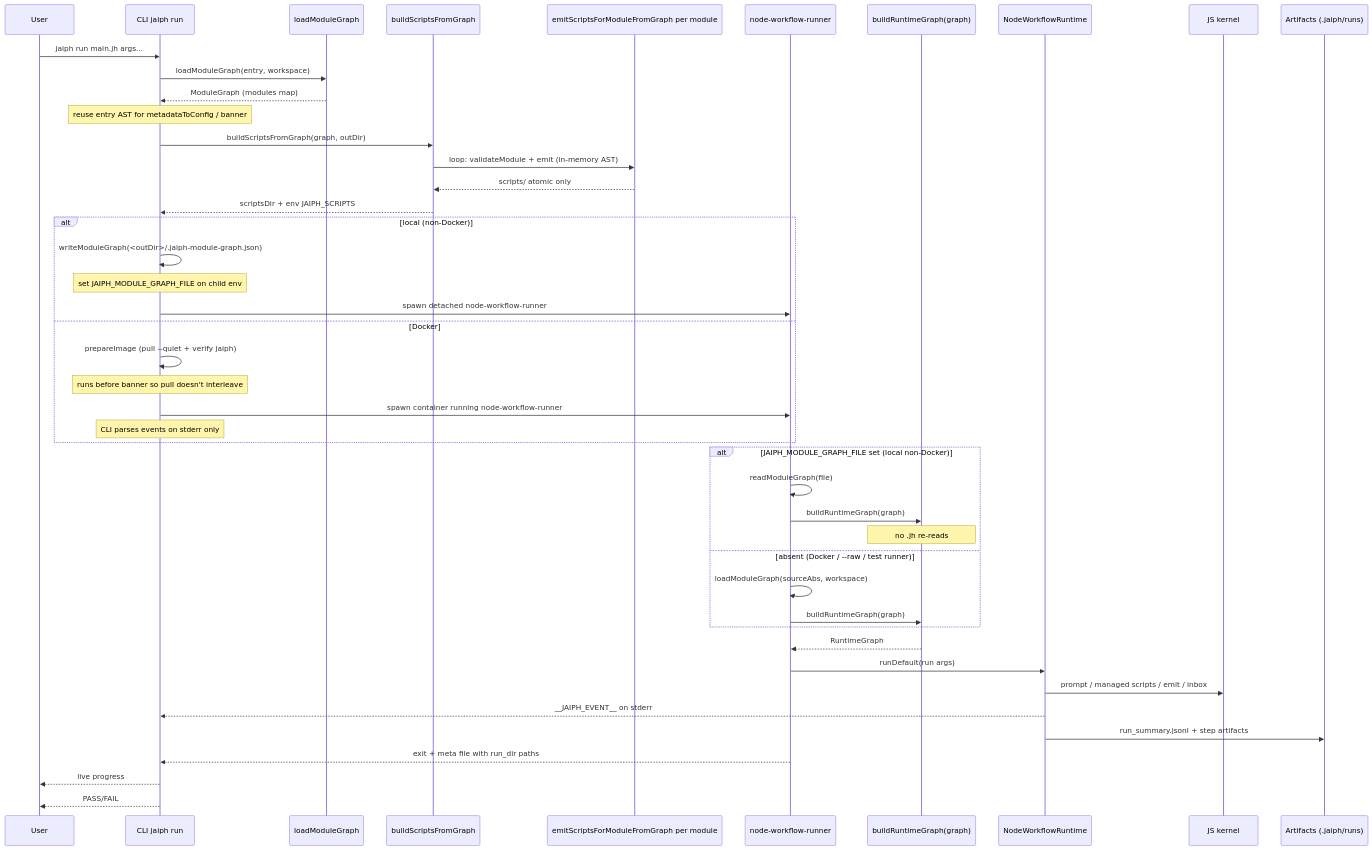
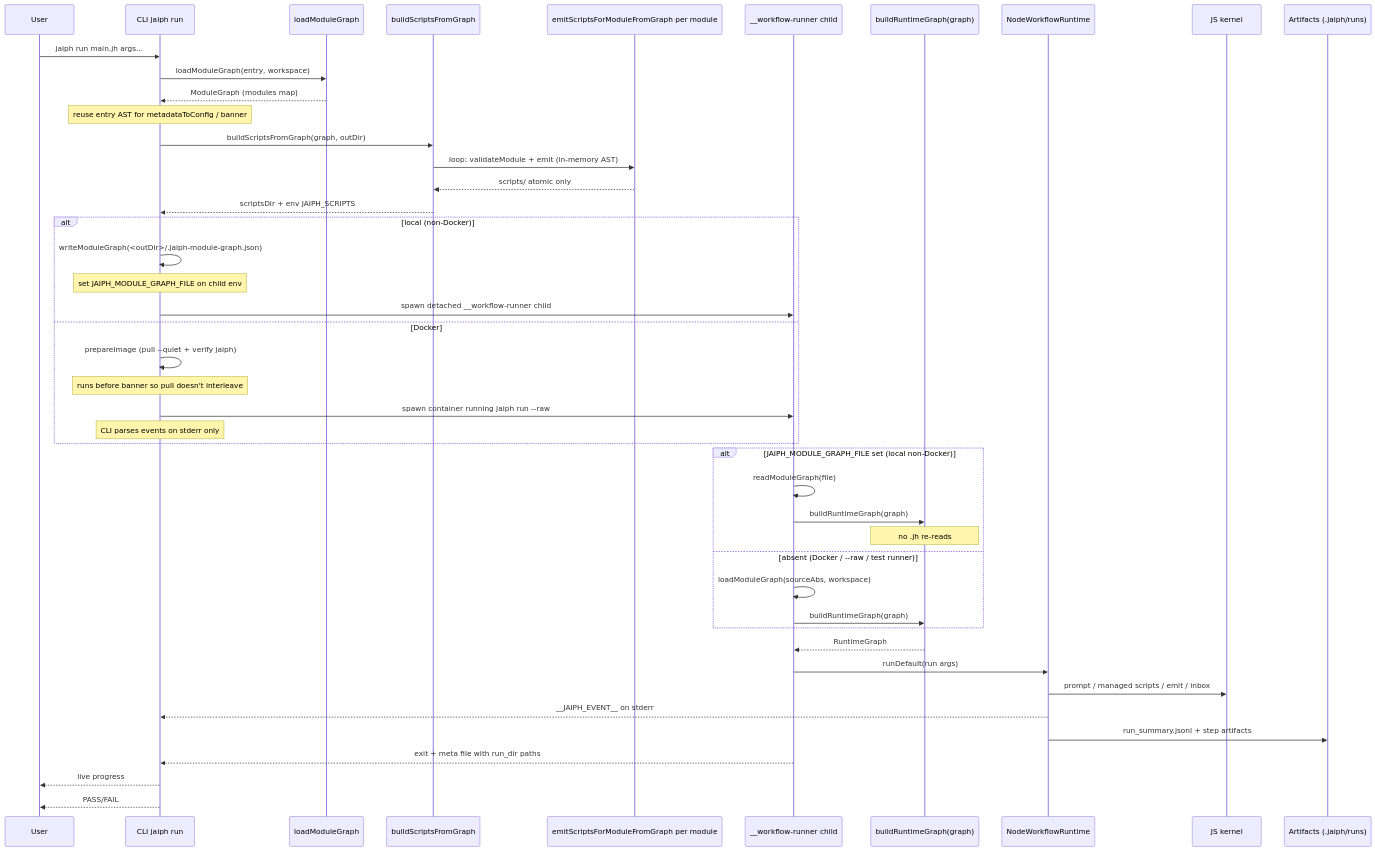
One commit to jaiphlang/jaiph changed the second of 3 diagrams in docs/architecture.md. Above: the diagram before and after it, drawn with Mermaid. The commit also changed other lines of this file and 27 other files, not shown here.

````diff
--- a/docs/architecture.md
+++ b/docs/architecture.md
@@ -235,48 +235,48 @@
 ```mermaid
 sequenceDiagram
     participant User
     participant CLI as CLI jaiph run
     participant Load as loadModuleGraph
     participant Prep as buildScriptsFromGraph
     participant TF as emitScriptsForModuleFromGraph per module
-    participant Runner as node-workflow-runner
+    participant Runner as __workflow-runner child
     participant Graph as buildRuntimeGraph(graph)
     participant Runtime as NodeWorkflowRuntime
     participant Kernel as JS kernel
     participant Report as Artifacts (.jaiph/runs)
 
     User->>CLI: jaiph run main.jh args...
     CLI->>Load: loadModuleGraph(entry, workspace)
     Load-->>CLI: ModuleGraph (modules map)
     Note over CLI: reuse entry AST for metadataToConfig / banner
     CLI->>Prep: buildScriptsFromGraph(graph, outDir)
     Prep->>TF: loop: validateModule + emit (in-memory AST)
     TF-->>Prep: scripts/ atomic only
     Prep-->>CLI: scriptsDir + env JAIPH_SCRIPTS
     alt local (non-Docker)
         CLI->>CLI: writeModuleGraph(<outDir>/.jaiph-module-graph.json)
         Note over CLI: set JAIPH_MODULE_GRAPH_FILE on child env
-        CLI->>Runner: spawn detached node-workflow-runner
+        CLI->>Runner: spawn detached __workflow-runner child
     else Docker
         CLI->>CLI: prepareImage (pull --quiet + verify jaiph)
         Note over CLI: runs before banner so pull doesn't interleave
-        CLI->>Runner: spawn container running node-workflow-runner
+        CLI->>Runner: spawn container running jaiph run --raw
         Note over CLI: CLI parses events on stderr only
     end
     alt JAIPH_MODULE_GRAPH_FILE set (local non-Docker)
         Runner->>Runner: readModuleGraph(file)
         Runner->>Graph: buildRuntimeGraph(graph)
         Note over Graph: no .jh re-reads
     else absent (Docker / --raw / test runner)
         Runner->>Runner: loadModuleGraph(sourceAbs, workspace)
         Runner->>Graph: buildRuntimeGraph(graph)
     end
     Graph-->>Runner: RuntimeGraph
     Runner->>Runtime: runDefault(run args)
     Runtime->>Kernel: prompt / managed scripts / emit / inbox
     Runtime-->>CLI: __JAIPH_EVENT__ on stderr
     Runtime->>Report: run_summary.jsonl + step artifacts
     Runner-->>CLI: exit + meta file with run_dir paths
     CLI-->>User: live progress
     CLI-->>User: PASS/FAIL
 ```
````
